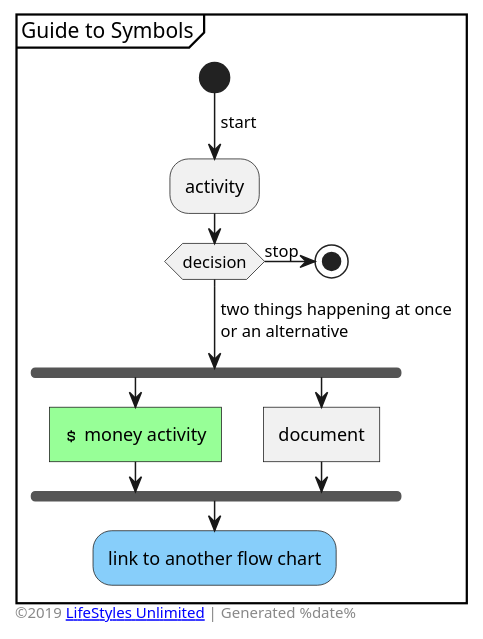
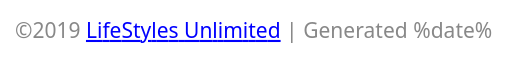
One commit to toddmo/lifestylesunlimited changed the diagram in footer.iuml. Above: the diagram before and after it, drawn with PlantUML. The commit also changed 34 other files, not shown here.

```diff
--- a/footer.iuml
+++ b/footer.iuml
@@ -1,26 +1,7 @@
 @startuml footer
 
-partition "Guide to Symbols" {
-	start
-	->start;
-	:activity;
-	if(decision) 
-	else
-		->stop;
-		stop
-	endif
-	->two things happening at once
-	or an alternative;
-	fork
-		#PHYSICAL:<&dollar> money activity]
-	fork again
-		:document]
-	end fork
-	#LightSkyBlue:link to another flow chart;
-}
-
 left footer 
-	©2019 [[http://www.lifestylesunlimited.com LifeStyles Unlimited]] | Generated %date%
+	<font size=14>©2019 [[http://www.lifestylesunlimited.com LifeStyles Unlimited]] | Generated %date%</font>
 endfooter
 
 @enduml
```
